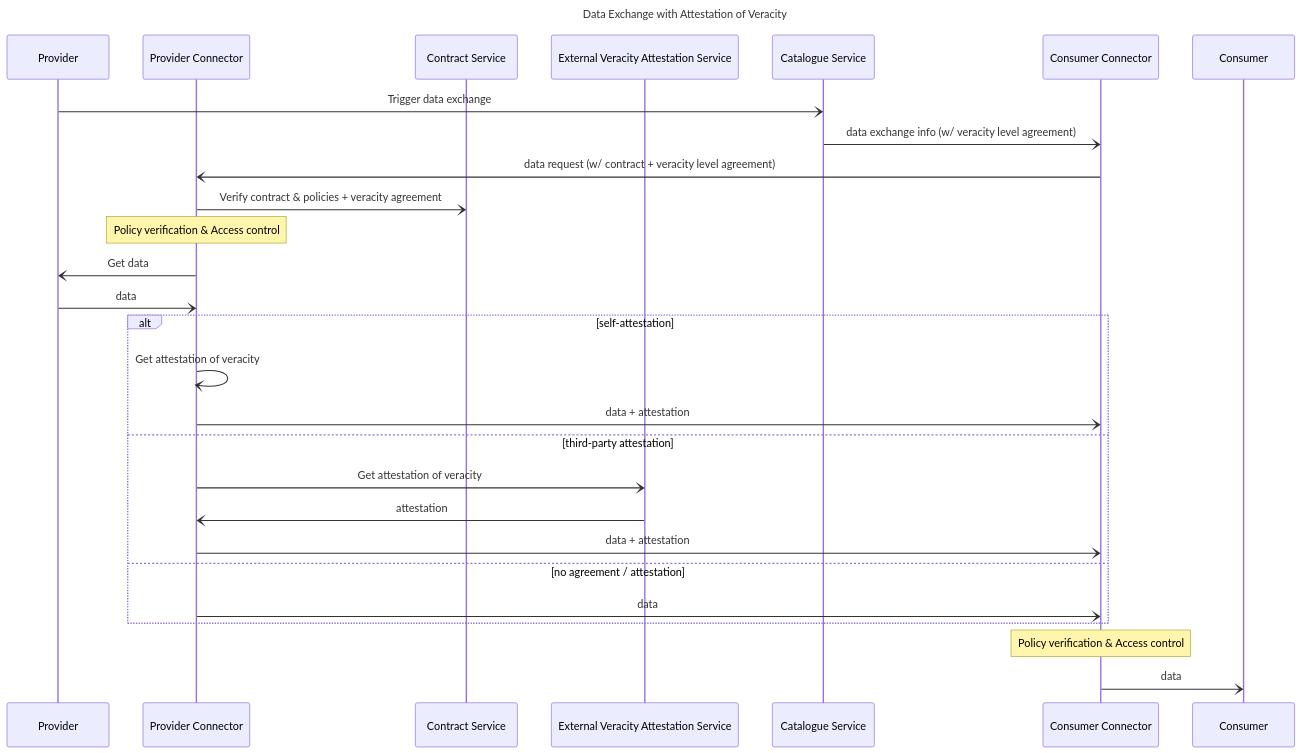
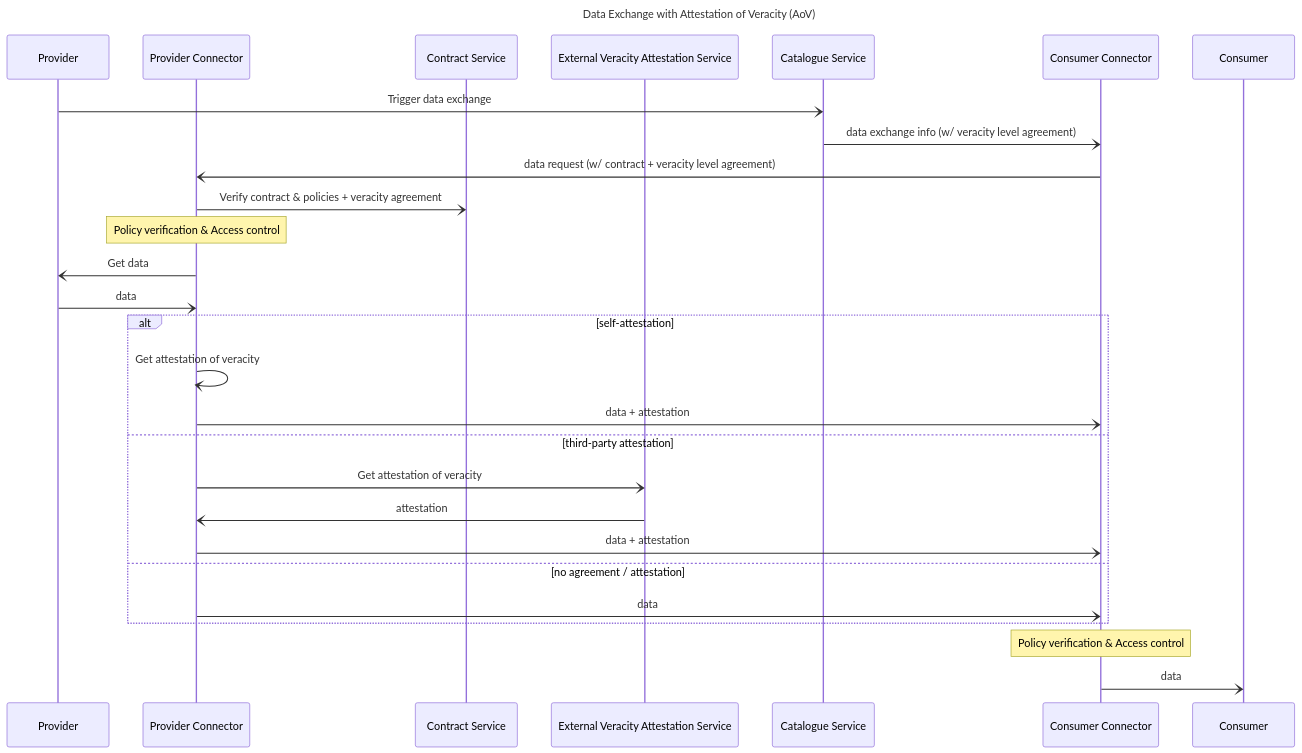
The fourth of 5 diagrams in README.markdown (Prometheus-X-association/data-veracity), drawn with Mermaid before and after one commit. The commit also changed other lines of this file, not shown here.

````diff
--- a/README.markdown
+++ b/README.markdown
@@ -216,36 +337,36 @@
 ```mermaid
 ---
-title: Data Exchange with Attestation of Veracity
+title: Data Exchange with Attestation of Veracity (AoV)
 ---
 
 sequenceDiagram
     participant p as Provider
     participant pc as Provider Connector
     participant con as Contract Service
     participant evs as External Veracity Attestation Service
     participant cat as Catalogue Service
     participant cc as Consumer Connector
     participant c as Consumer
 
     p -) cat: Trigger data exchange
     cat -) cc: data exchange info (w/ veracity level agreement)
     cc -) pc: data request (w/ contract + veracity level agreement)
     pc -) con: Verify contract & policies + veracity agreement
     Note over pc: Policy verification & Access control
     pc -) p: Get data
     p -) pc: data
 
     alt self-attestation
         pc -) pc: Get attestation of veracity
         pc -) cc: data + attestation
     else third-party attestation
         pc -) evs: Get attestation of veracity
         evs -) pc: attestation
         pc -) cc: data + attestation
     else no agreement / attestation
         pc -) cc: data
     end
 
     Note over cc: Policy verification & Access control
     cc -) c: data
 ```
````
